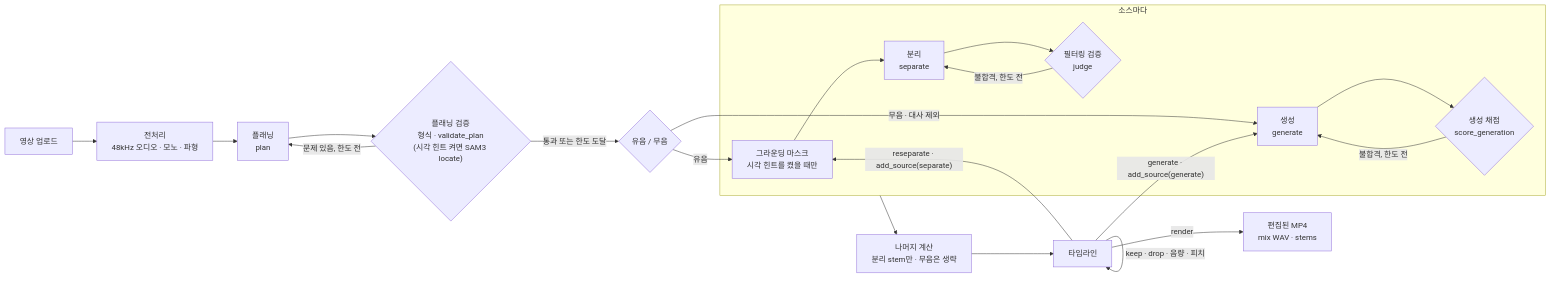
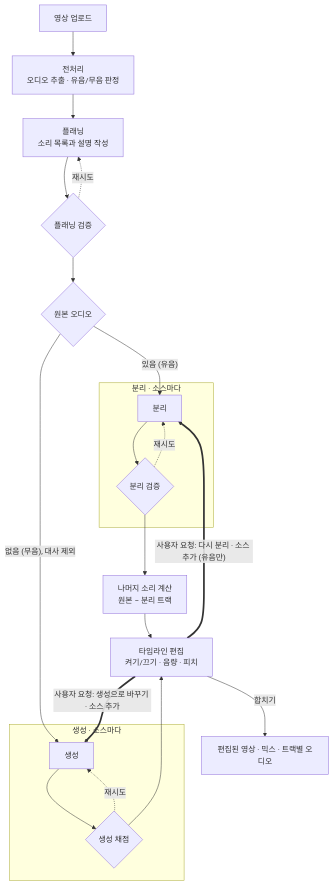
Before and after one commit to capstone-audissey-fall-2026/audissey: the first of 2 diagrams in README.md, drawn with Mermaid. The commit also changed other lines of this file, not shown here.

Commit message:
docs(readme): redraw the flow for sound and silent videos and tighten wording

````diff
--- a/README.md
+++ b/README.md
@@ -23,23 +23,28 @@
 ```mermaid
-flowchart LR
-  UP["영상 업로드"] --> PRE["전처리<br/>48kHz 오디오 · 모노 · 파형"]
-  PRE --> PLAN["플래닝<br/>plan"]
-  PLAN --> CHECK{"플래닝 검증<br/>형식 · validate_plan<br/>(시각 힌트 켜면 SAM3 locate)"}
-  CHECK -- "문제 있음, 한도 전" --> PLAN
-  CHECK -- "통과 또는 한도 도달" --> MODE{"유음 / 무음"}
-  MODE -- "유음" --> MASK
-  MODE -- "무음 · 대사 제외" --> GEN
-  subgraph SRC["소스마다"]
-    MASK["그라운딩 마스크<br/>시각 힌트를 켰을 때만"] --> SEP["분리<br/>separate"]
-    SEP --> JUDGE{"필터링 검증<br/>judge"}
-    JUDGE -- "불합격, 한도 전" --> SEP
-    GEN["생성<br/>generate"] --> SCORE{"생성 채점<br/>score_generation"}
-    SCORE -- "불합격, 한도 전" --> GEN
+flowchart TD
+  UP["영상 업로드"] --> PRE["전처리<br/>오디오 추출 · 유음/무음 판정"]
+  PRE --> PLAN["플래닝<br/>소리 목록과 설명 작성"]
+  PLAN --> CHECK{"플래닝 검증"}
+  CHECK -. "재시도" .-> PLAN
+  CHECK --> MODE{"원본 오디오"}
+
+  MODE -- "있음 (유음)" --> SEP
+  MODE -- "없음 (무음), 대사 제외" --> GEN
+
+  subgraph SEPARATE["분리 · 소스마다"]
+    SEP["분리"] --> JUDGE{"분리 검증"}
+    JUDGE -. "재시도" .-> SEP
   end
-  SRC --> RES["나머지 계산<br/>분리 stem만 · 무음은 생략"]
-  RES --> TL["타임라인"]
-  TL -- "keep · drop · 음량 · 피치" --> TL
-  TL -- "reseparate · add_source(separate)" --> MASK
-  TL -- "generate · add_source(generate)" --> GEN
-  TL -- "render" --> OUT["편집된 MP4<br/>mix WAV · stems"]
+
+  subgraph GENERATE["생성 · 소스마다"]
+    GEN["생성"] --> SCORE{"생성 채점"}
+    SCORE -. "재시도" .-> GEN
+  end
+
+  JUDGE --> RES["나머지 소리 계산<br/>원본 − 분리 트랙"]
+  RES --> TL["타임라인 편집<br/>켜기/끄기 · 음량 · 피치"]
+  SCORE --> TL
+  TL == "사용자 요청: 생성으로 바꾸기 · 소스 추가" ==> GEN
+  TL == "사용자 요청: 다시 분리 · 소스 추가 (유음만)" ==> SEP
+  TL -- "합치기" --> OUT["편집된 영상 · 믹스 · 트랙별 오디오"]
 ```
````
